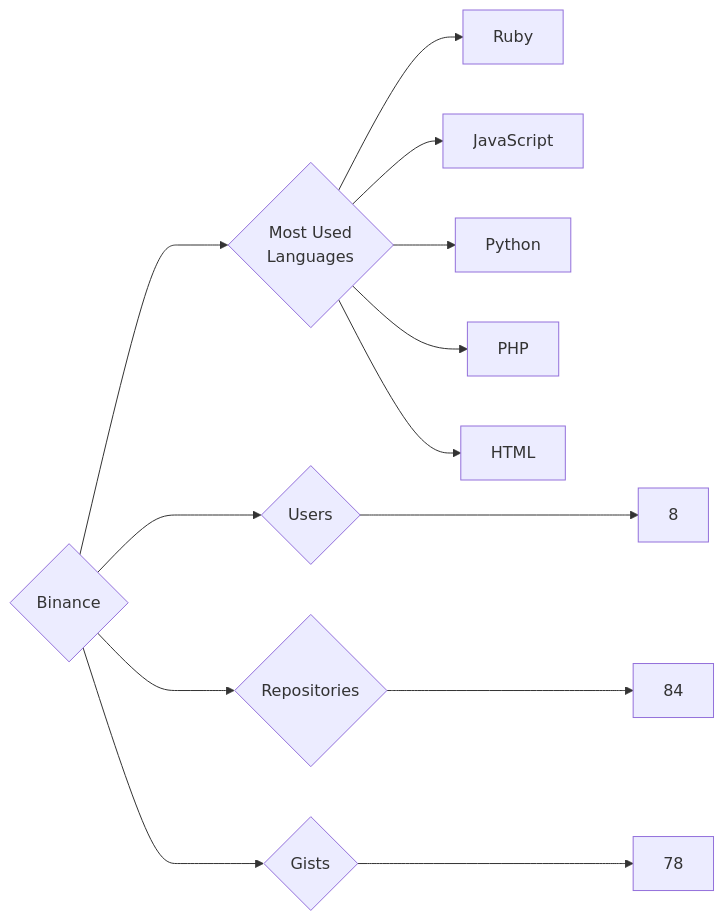
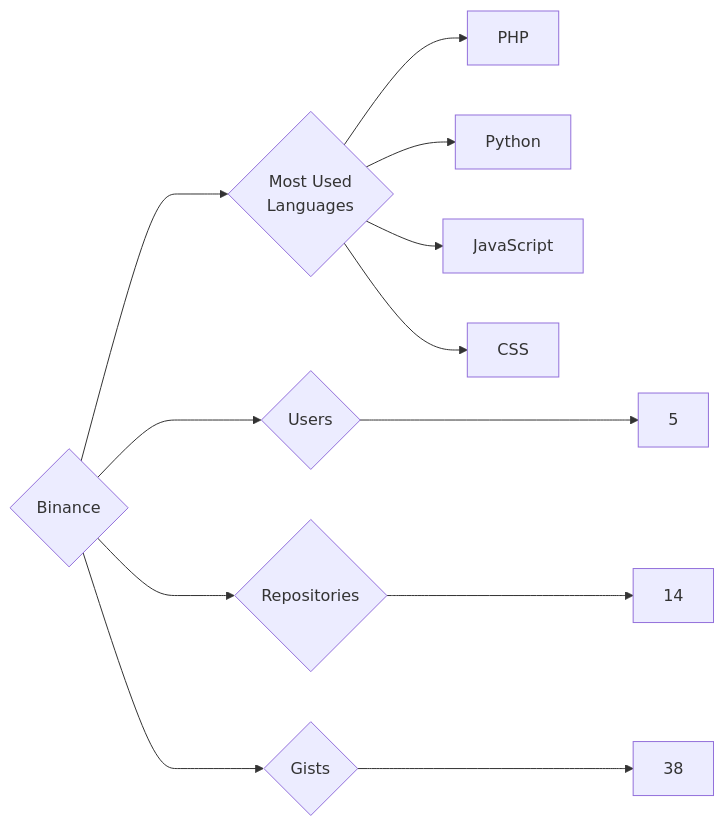
Before and after one commit to trickest/insiders: the diagram in targets/Binance/README.md, drawn with Mermaid. The commit also changed 1123 other files, not shown here.

````diff
--- a/targets/Binance/README.md
+++ b/targets/Binance/README.md
@@ -3,13 +3,12 @@
 ```mermaid
 graph LR
 COMPANY_NAME{Binance}
-COMPANY_NAME ---> U{Users} ---> UN[8]
-COMPANY_NAME ---> R{Repositories} ---> RN[84]
-COMPANY_NAME ---> G{Gists} ---> GN[78]
+COMPANY_NAME ---> U{Users} ---> UN[5]
+COMPANY_NAME ---> R{Repositories} ---> RN[14]
+COMPANY_NAME ---> G{Gists} ---> GN[38]
 COMPANY_NAME ---> ML{Most Used<br>Languages}
-ML --> Ruby[Ruby]
+ML --> PHP[PHP]
+ML --> Python[Python]
 ML --> JavaScript[JavaScript]
-ML --> Python[Python]
-ML --> PHP[PHP]
-ML --> HTML[HTML]
+ML --> CSS[CSS]
 ```
````
